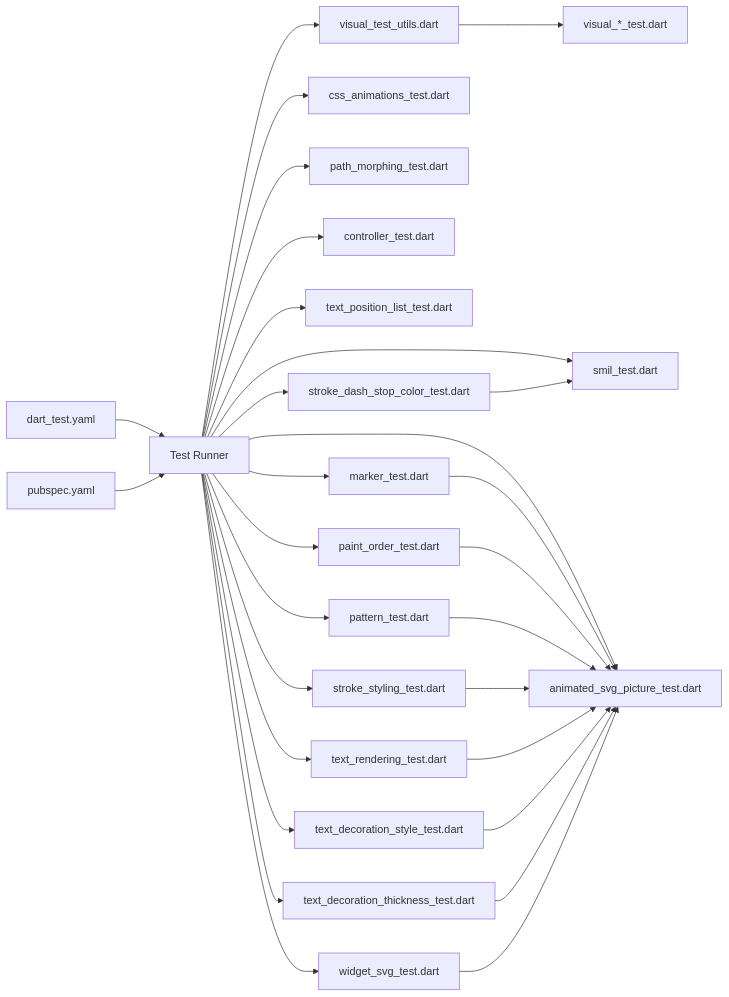
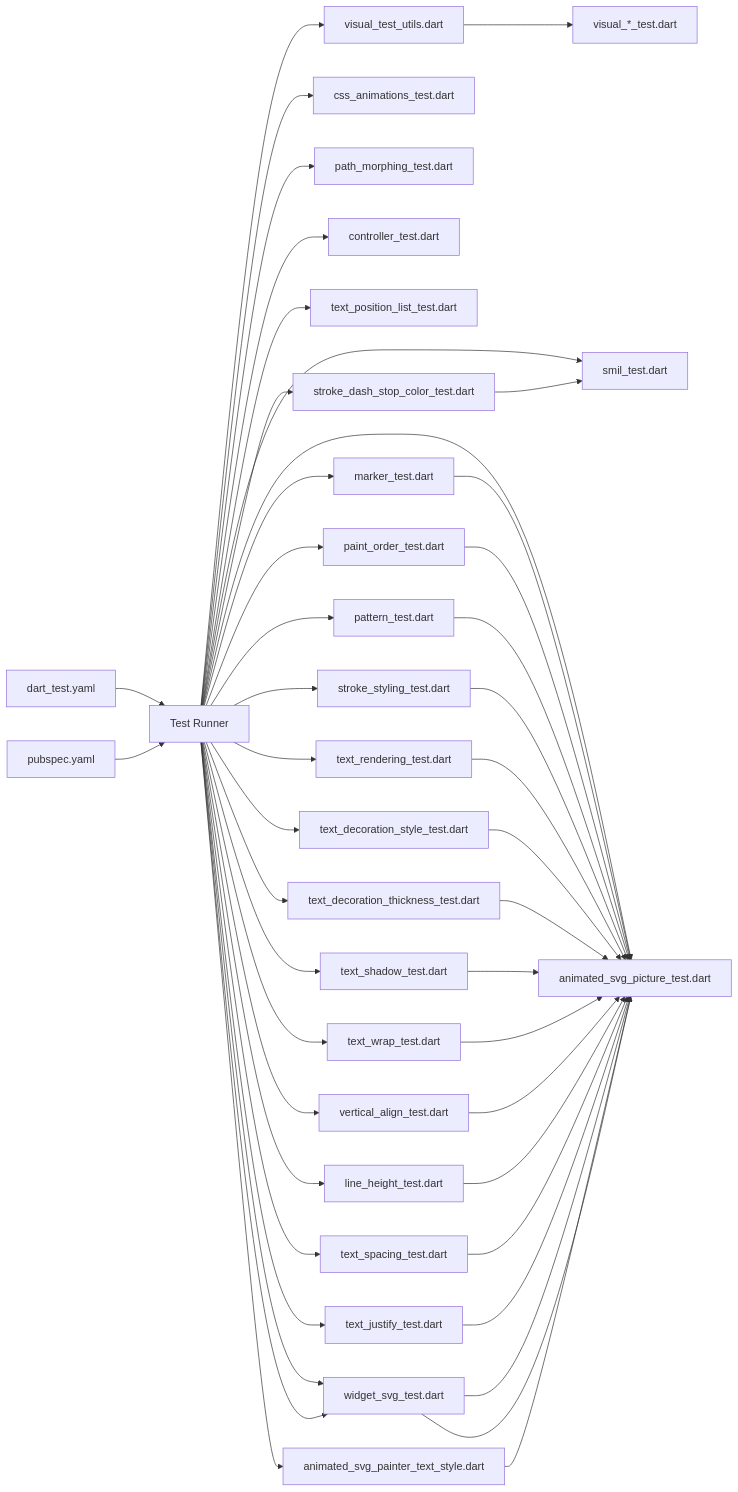
Before and after one commit to denisnadey/flutter_full_svg_support: the ninth of 9 diagrams in .qoder/repowiki/en/content/Testing and Quality Assurance.md, drawn with Mermaid. The commit also changed other lines of this file and 5 other files, not shown here.

````diff
--- a/.qoder/repowiki/en/content/Testing and Quality Assurance.md
+++ b/.qoder/repowiki/en/content/Testing and Quality Assurance.md
@@ -519,31 +639,47 @@
 ```mermaid
 graph LR
 D["dart_test.yaml"] --> T["Test Runner"]
 P["pubspec.yaml"] --> T
 T --> V["visual_test_utils.dart"]
 T --> S["smil_test.dart"]
 T --> C["css_animations_test.dart"]
 T --> PM["path_morphing_test.dart"]
 T --> CT["controller_test.dart"]
 T --> AP["animated_svg_picture_test.dart"]
 T --> TP["text_position_list_test.dart"]
 T --> MK["marker_test.dart"]
 T --> PO["paint_order_test.dart"]
 T --> PT["pattern_test.dart"]
 T --> SS["stroke_styling_test.dart"]
 T --> TR["text_rendering_test.dart"]
 T --> TDS["text_decoration_style_test.dart"]
 T --> TDT["text_decoration_thickness_test.dart"]
+T --> TSH["text_shadow_test.dart"]
+T --> TW["text_wrap_test.dart"]
+T --> VA["vertical_align_test.dart"]
+T --> LH["line_height_test.dart"]
+T --> TS["text_spacing_test.dart"]
+T --> TJ["text_justify_test.dart"]
+T --> WS["white_space_test.dart"]
 T --> SDSC["stroke_dash_stop_color_test.dart"]
+T --> ASTS["animated_svg_painter_text_style.dart"]
 T --> WS["widget_svg_test.dart"]
 V --> VT["visual_*_test.dart"]
 MK --> AP
 PO --> AP
 PT --> AP
 SS --> AP
 TR --> AP
 TDS --> AP
 TDT --> AP
+TSH --> AP
+TW --> AP
+VA --> AP
+LH --> AP
+TS --> AP
+TJ --> AP
+WS --> AP
 SDSC --> S
+ASTS --> AP
 WS --> AP
 ```
````
